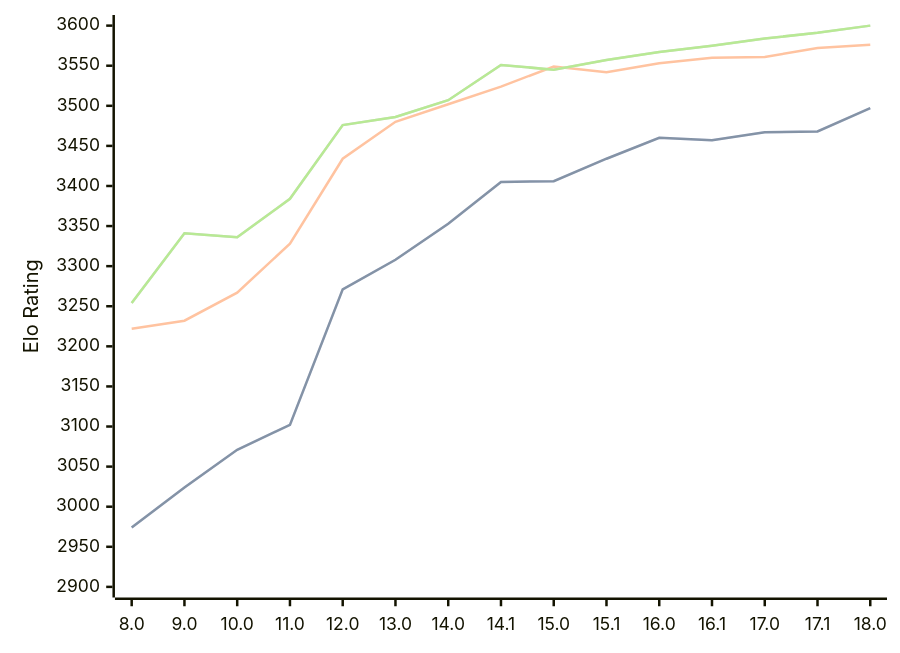
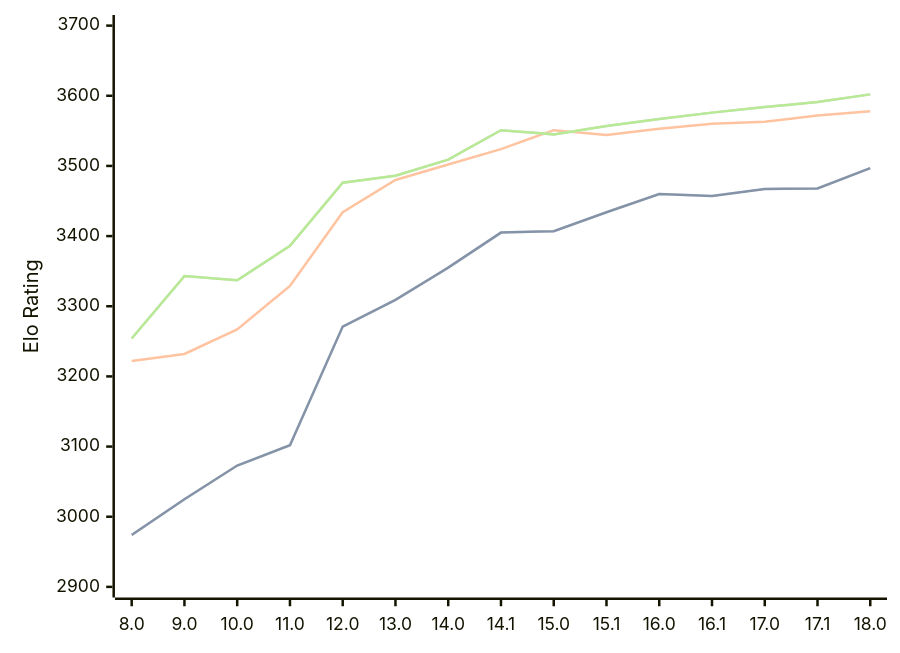
One commit to computer-chess-index/cci changed the first of 3 diagrams in engines/Stockfish.md. Above: the diagram before and after it, drawn with Mermaid. The commit also changed other lines of this file, not shown here.

Commit message:
Update CCI Ratings (ELO VLTC) - 2026-07-17

````diff
--- a/engines/Stockfish.md
+++ b/engines/Stockfish.md
@@ -46,11 +46,11 @@
 ```mermaid
 %%{init: {"theme":"base","themeVariables":{"seriesColors:['#a3a3a3','#222221','#faa371']}}}%%
 xychart-beta
   x-axis ["8.0", "9.0", "10.0", "11.0", "12.0", "13.0", "14.0", "14.1", "15.0", "15.1", "16.0", "16.1", "17.0", "17.1", "18.0"]
-  y-axis "Elo Rating" 2900 --> 3600
-  line "STC (8.0+0.08s)" [2974, 3024, 3071, 3102, 3271, 3308, 3353, 3405, 3406, 3434, 3460, 3457, 3467, 3468, 3497]
-  line "STC (8.0+0.08s)" [2974, 3024, 3071, 3102, 3271, 3308, 3353, 3405, 3406, 3434, 3460, 3457, 3467, 3468, 3497]
-  line "LTC (60.0+0.60s)" [3222, 3232, 3267, 3328, 3434, 3480, 3502, 3524, 3549, 3542, 3553, 3560, 3561, 3572, 3576]
-  line "VLTC (2m24s+1.12s)" [3254, 3341, 3336, 3384, 3476, 3486, 3507, 3551, 3545, 3557, 3567, 3575, 3584, 3591, 3600]
-  line "VLTC (2m24s+1.12s)" [3254, 3341, 3336, 3384, 3476, 3486, 3507, 3551, 3545, 3557, 3567, 3575, 3584, 3591, 3600]
+  y-axis "Elo Rating" 2900 --> 3700
+  line "STC (8.0+0.08s)" [2974, 3025, 3073, 3102, 3271, 3309, 3355, 3405, 3407, 3434, 3460, 3457, 3467, 3468, 3497]
+  line "STC (8.0+0.08s)" [2974, 3025, 3073, 3102, 3271, 3309, 3355, 3405, 3407, 3434, 3460, 3457, 3467, 3468, 3497]
+  line "LTC (60.0+0.60s)" [3222, 3232, 3267, 3329, 3434, 3480, 3502, 3524, 3551, 3544, 3553, 3560, 3563, 3572, 3578]
+  line "VLTC (2m24s+1.12s)" [3254, 3343, 3337, 3386, 3476, 3486, 3509, 3551, 3545, 3557, 3567, 3576, 3584, 3591, 3602]
+  line "VLTC (2m24s+1.12s)" [3254, 3343, 3337, 3386, 3476, 3486, 3509, 3551, 3545, 3557, 3567, 3576, 3584, 3591, 3602]
 ```
````
